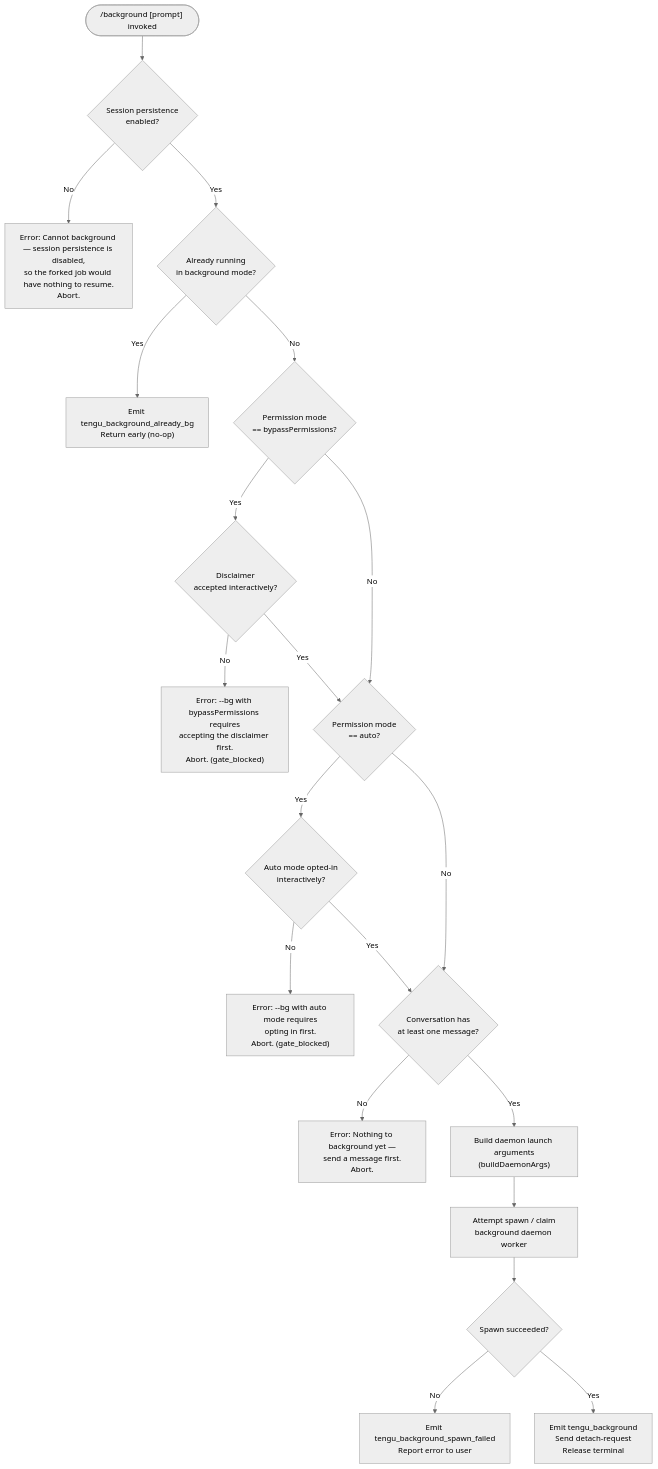
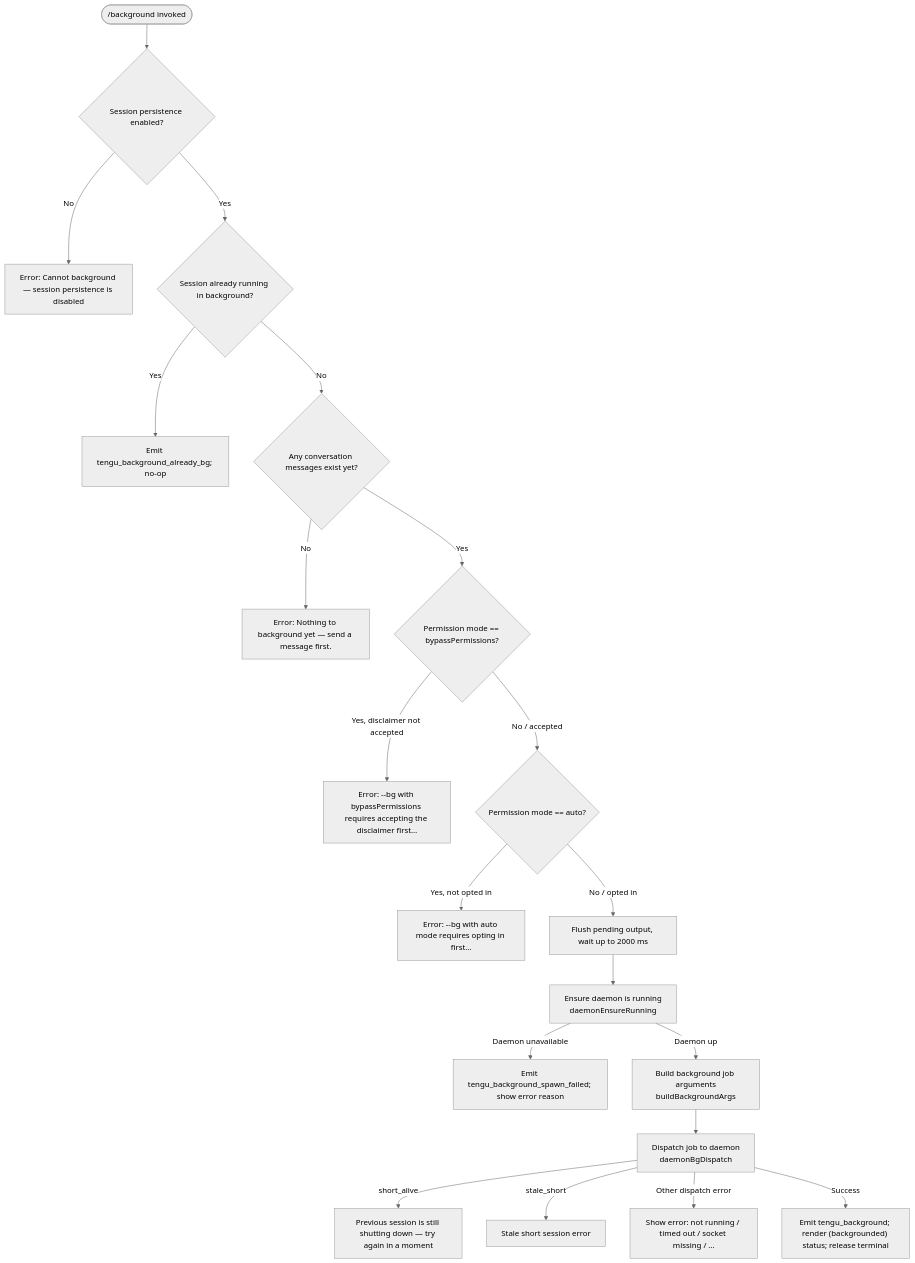
The diagram in versions/v2.1.152/background.md (MyLittleLuckyDog/cc-gnothi), drawn with Mermaid (neutral theme) before and after one commit. The commit also changed other lines of this file and 593 other files, not shown here.

````diff
--- a/versions/v2.1.152/background.md
+++ b/versions/v2.1.152/background.md
@@ -49,22 +57,22 @@
 ```mermaid
 flowchart TD
-    A(["/background [prompt] invoked"]) --> B{Session persistence\nenabled?}
-    B -- No --> B1["Error: Cannot background — session persistence is disabled,\nso the forked job would have nothing to resume.\nAbort."]
-    B -- Yes --> C{Already running\nin background mode?}
-    C -- Yes --> C1["Emit tengu_background_already_bg\nReturn early (no-op)"]
-    C -- No --> D{Permission mode\n== bypassPermissions?}
-    D -- Yes --> D1{Disclaimer\naccepted interactively?}
-    D1 -- No --> D2["Error: --bg with bypassPermissions requires\naccepting the disclaimer first.\nAbort. (gate_blocked)"]
-    D1 -- Yes --> E
-    D -- No --> E{Permission mode\n== auto?}
-    E -- Yes --> E1{Auto mode opted-in\ninteractively?}
-    E1 -- No --> E2["Error: --bg with auto mode requires\nopting in first.\nAbort. (gate_blocked)"]
-    E1 -- Yes --> F
-    E -- No --> F{Conversation has\nat least one message?}
-    F -- No --> F1["Error: Nothing to background yet —\nsend a message first.\nAbort."]
-    F -- Yes --> G["Build daemon launch arguments\n(buildDaemonArgs)"]
-    G --> H["Attempt spawn / claim\nbackground daemon worker"]
-    H --> I{Spawn succeeded?}
-    I -- No --> I1["Emit tengu_background_spawn_failed\nReport error to user"]
-    I -- Yes --> J["Emit tengu_background\nSend detach-request\nRelease terminal"]
+    A(["/background invoked"]) --> B{Session persistence enabled?}
+    B -- No --> ERR1["Error: Cannot background — session persistence is disabled"]
+    B -- Yes --> C{Session already running in background?}
+    C -- Yes --> SKIP["Emit tengu_background_already_bg; no-op"]
+    C -- No --> D{Any conversation messages exist yet?}
+    D -- No --> ERR2["Error: Nothing to background yet — send a message first."]
+    D -- Yes --> E{Permission mode == bypassPermissions?}
+    E -- Yes, disclaimer not accepted --> ERR3["Error: --bg with bypassPermissions requires accepting the disclaimer first…"]
+    E -- No / accepted --> F{Permission mode == auto?}
+    F -- Yes, not opted in --> ERR4["Error: --bg with auto mode requires opting in first…"]
+    F -- No / opted in --> G[Flush pending output, wait up to 2000 ms]
+    G --> H[Ensure daemon is running\ndaemonEnsureRunning]
+    H -- Daemon unavailable --> ERR5["Emit tengu_background_spawn_failed; show error reason"]
+    H -- Daemon up --> I[Build background job arguments\nbuildBackgroundArgs]
+    I --> J[Dispatch job to daemon\ndaemonBgDispatch]
+    J -- short_alive --> ERR6["Previous session is still shutting down — try again in a moment"]
+    J -- stale_short --> ERR7["Stale short session error"]
+    J -- Other dispatch error --> ERR8["Show error: not running / timed out / socket missing / …"]
+    J -- Success --> K["Emit tengu_background; render (backgrounded) status; release terminal"]
 ```
````
